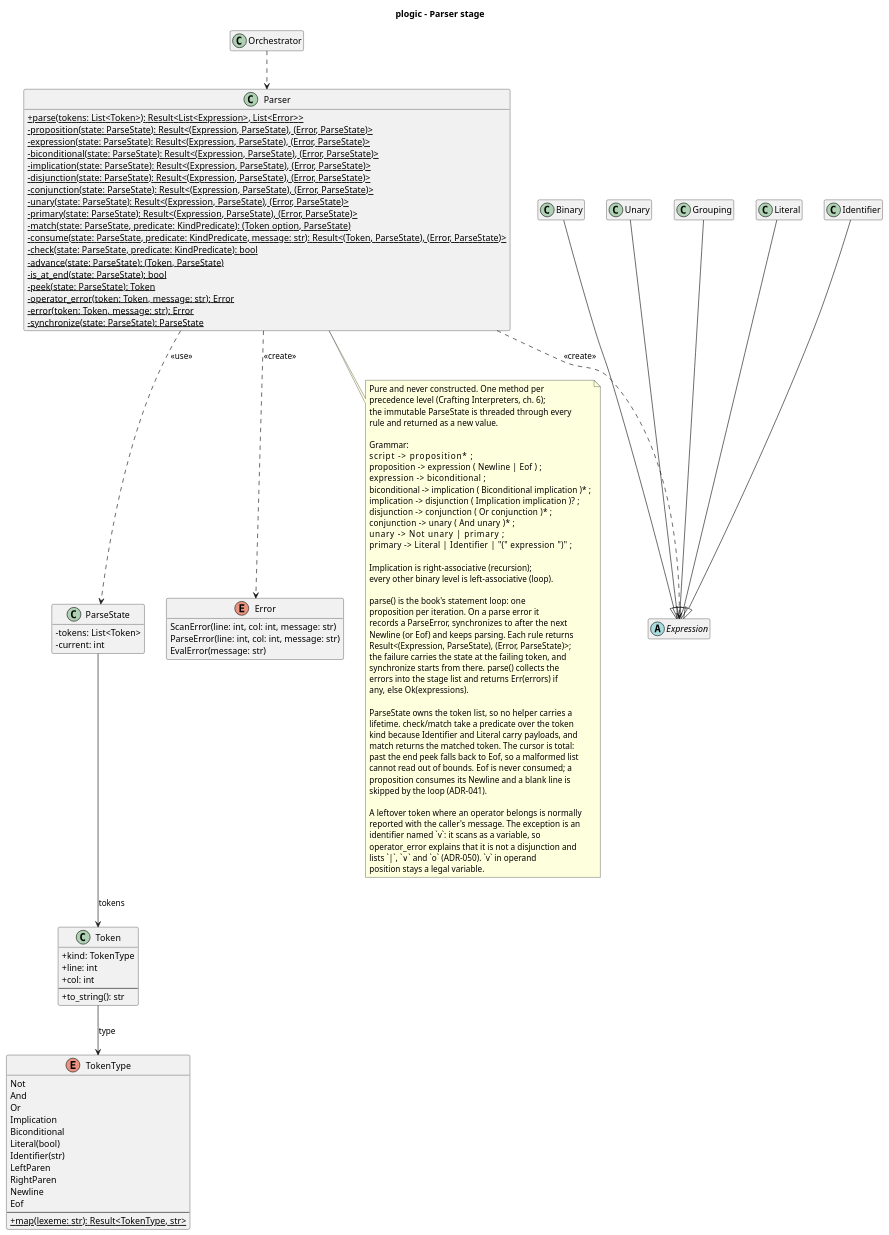
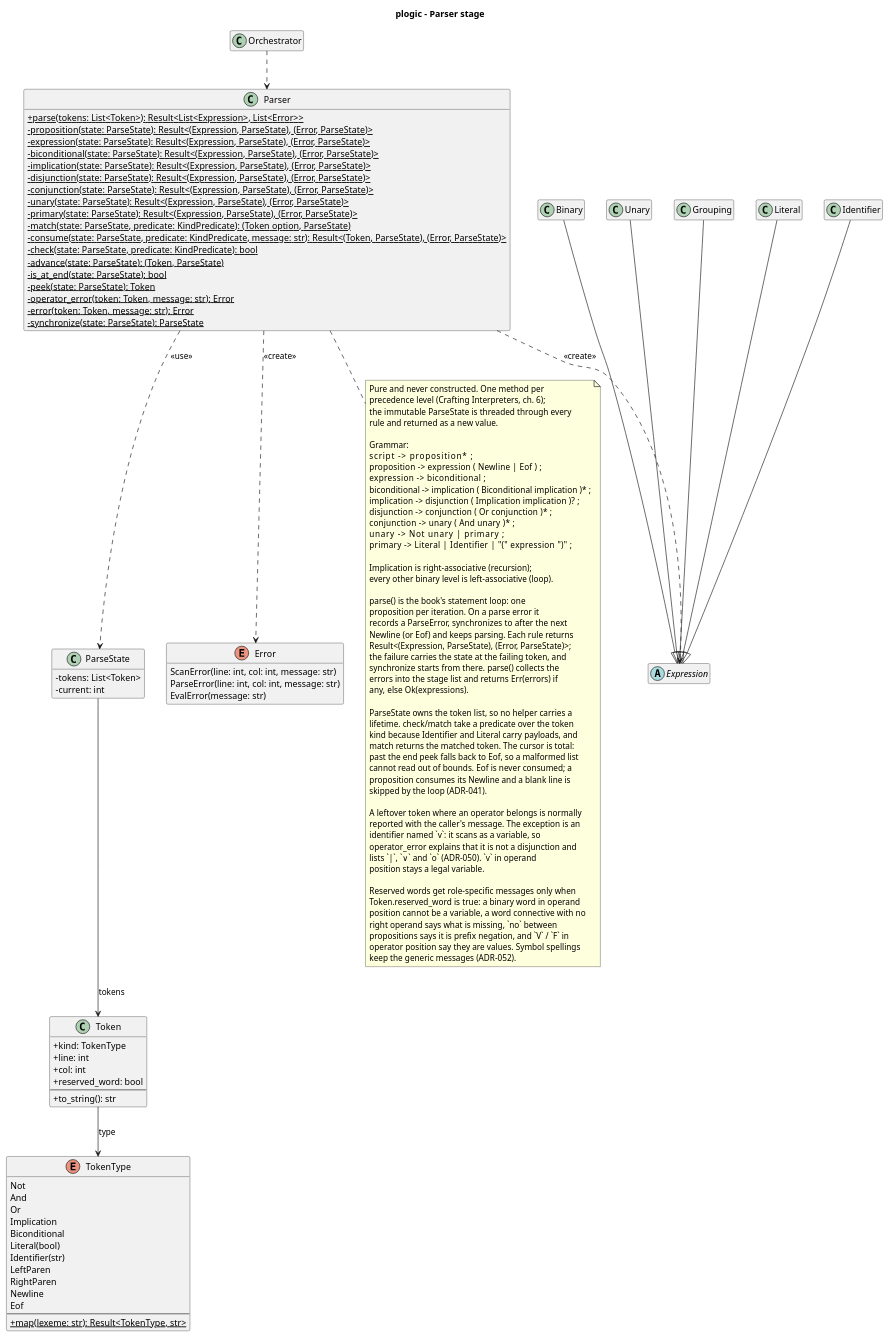
The diagram in design/diagrams/parser_class.puml (Josgtg/plogic), drawn with PlantUML before and after one commit. The commit also changed 8 other files, not shown here.

Commit message:
design: record the reserved-word diagnostics

```diff
--- a/design/diagrams/parser_class.puml
+++ b/design/diagrams/parser_class.puml
@@ -1,139 +1,148 @@
 @startuml parser_class
 title plogic - Parser stage
 
 skinparam classAttributeIconSize 0
 hide empty members
 
 class Orchestrator
 
 enum TokenType {
   Not
   And
   Or
   Implication
   Biconditional
   Literal(bool)
   Identifier(str)
   LeftParen
   RightParen
   Newline
   Eof
   --
   +{static} map(lexeme: str): Result<TokenType, str>
 }
 
 class Token {
   +kind: TokenType
   +line: int
   +col: int
+  +reserved_word: bool
   --
   +to_string(): str
 }
 
 class ParseState {
   -tokens: List<Token>
   -current: int
 }
 
 class Parser {
   +{static} parse(tokens: List<Token>): Result<List<Expression>, List<Error>>
   -{static} proposition(state: ParseState): Result<(Expression, ParseState), (Error, ParseState)>
   -{static} expression(state: ParseState): Result<(Expression, ParseState), (Error, ParseState)>
   -{static} biconditional(state: ParseState): Result<(Expression, ParseState), (Error, ParseState)>
   -{static} implication(state: ParseState): Result<(Expression, ParseState), (Error, ParseState)>
   -{static} disjunction(state: ParseState): Result<(Expression, ParseState), (Error, ParseState)>
   -{static} conjunction(state: ParseState): Result<(Expression, ParseState), (Error, ParseState)>
   -{static} unary(state: ParseState): Result<(Expression, ParseState), (Error, ParseState)>
   -{static} primary(state: ParseState): Result<(Expression, ParseState), (Error, ParseState)>
   -{static} match(state: ParseState, predicate: KindPredicate): (Token option, ParseState)
   -{static} consume(state: ParseState, predicate: KindPredicate, message: str): Result<(Token, ParseState), (Error, ParseState)>
   -{static} check(state: ParseState, predicate: KindPredicate): bool
   -{static} advance(state: ParseState): (Token, ParseState)
   -{static} is_at_end(state: ParseState): bool
   -{static} peek(state: ParseState): Token
   -{static} operator_error(token: Token, message: str): Error
   -{static} error(token: Token, message: str): Error
   -{static} synchronize(state: ParseState): ParseState
 }
 
 enum Error {
   ScanError(line: int, col: int, message: str)
   ParseError(line: int, col: int, message: str)
   EvalError(message: str)
 }
 
 abstract class Expression
 
 class Binary
 
 class Unary
 
 class Grouping
 
 class Literal
 
 class Identifier
 
 note bottom of Parser
   Pure and never constructed. One method per
   precedence level (Crafting Interpreters, ch. 6);
   the immutable ParseState is threaded through every
   rule and returned as a new value.
 
   Grammar:
   script         -> proposition* ;
   proposition    -> expression ( Newline | Eof ) ;
   expression     -> biconditional ;
   biconditional  -> implication ( Biconditional implication )* ;
   implication    -> disjunction ( Implication implication )? ;
   disjunction    -> conjunction ( Or conjunction )* ;
   conjunction    -> unary ( And unary )* ;
   unary          -> Not unary | primary ;
   primary        -> Literal | Identifier | "(" expression ")" ;
 
   Implication is right-associative (recursion);
   every other binary level is left-associative (loop).
 
   parse() is the book's statement loop: one
   proposition per iteration. On a parse error it
   records a ParseError, synchronizes to after the next
   Newline (or Eof) and keeps parsing. Each rule returns
   Result<(Expression, ParseState), (Error, ParseState)>;
   the failure carries the state at the failing token, and
   synchronize starts from there. parse() collects the
   errors into the stage list and returns Err(errors) if
   any, else Ok(expressions).
 
   ParseState owns the token list, so no helper carries a
   lifetime. check/match take a predicate over the token
   kind because Identifier and Literal carry payloads, and
   match returns the matched token. The cursor is total:
   past the end peek falls back to Eof, so a malformed list
   cannot read out of bounds. Eof is never consumed; a
   proposition consumes its Newline and a blank line is
   skipped by the loop (ADR-041).
 
   A leftover token where an operator belongs is normally
   reported with the caller's message. The exception is an
   identifier named `v`: it scans as a variable, so
   operator_error explains that it is not a disjunction and
   lists `|`, `∨` and `o` (ADR-050). `v` in operand
   position stays a legal variable.
+
+  Reserved words get role-specific messages only when
+  Token.reserved_word is true: a binary word in operand
+  position cannot be a variable, a word connective with no
+  right operand says what is missing, `no` between
+  propositions says it is prefix negation, and `V` / `F` in
+  operator position say they are values. Symbol spellings
+  keep the generic messages (ADR-052).
 end note
 
 Orchestrator ..> Parser
 
 Parser ..> ParseState : <<use>>
 ParseState --> Token : tokens
 Token --> TokenType : type
 
 Parser ..> Expression : <<create>>
 Parser ..> Error : <<create>>
 
 Binary --|> Expression
 Unary --|> Expression
 Grouping --|> Expression
 Literal --|> Expression
 Identifier --|> Expression
 
 @enduml
```
